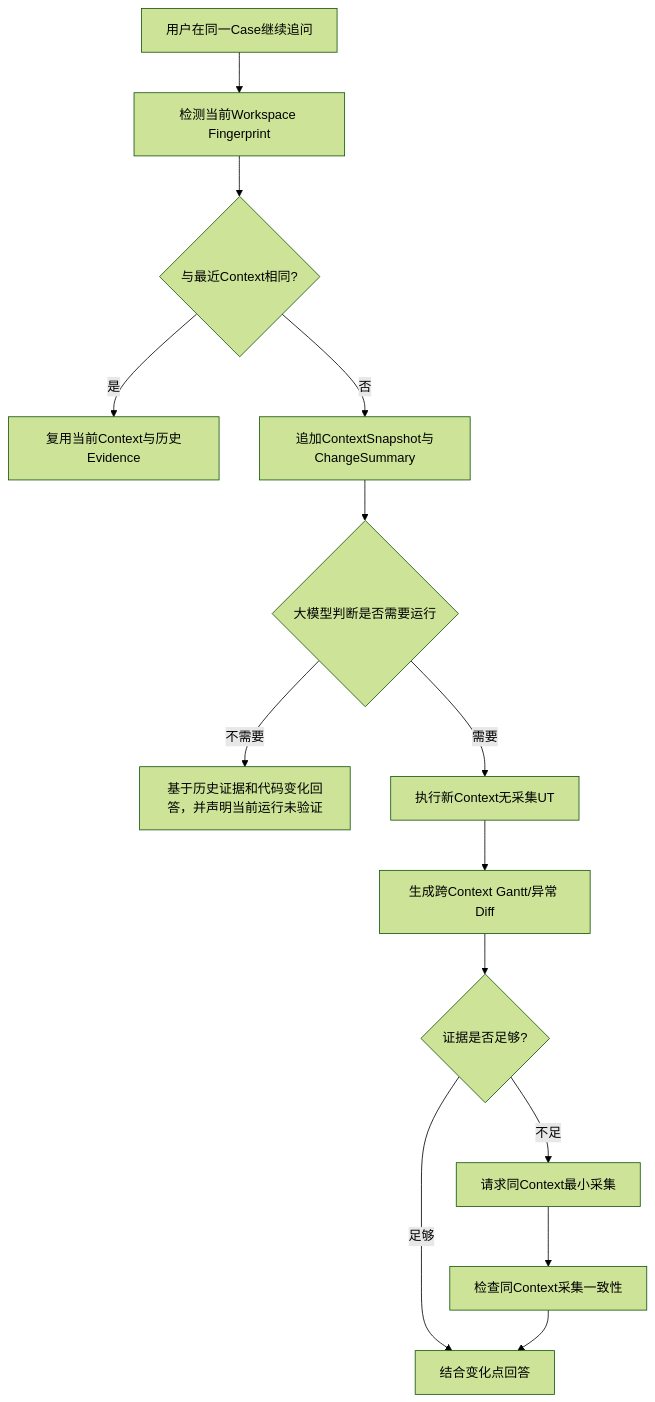
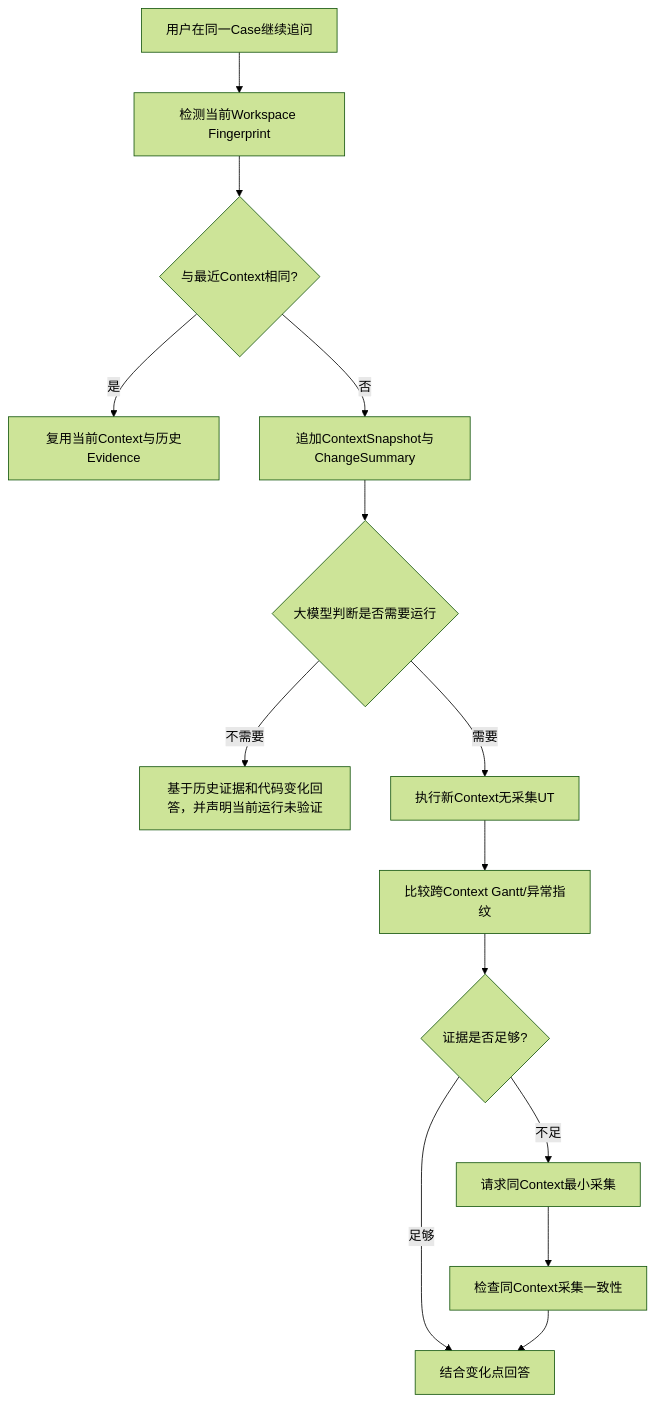
One commit to mh90901119-oss/algorithm-debug-agent changed the third of 3 diagrams in docs/designs/2026-08-12-case-context-run-outcome-multiturn-analysis-design.md. Above: the diagram before and after it, drawn with Mermaid (forest theme). The commit also changed other lines of this file and 10 other files, not shown here.

````diff
--- a/docs/designs/2026-08-12-case-context-run-outcome-multiturn-analysis-design.md
+++ b/docs/designs/2026-08-12-case-context-run-outcome-multiturn-analysis-design.md
@@ -400,16 +405,16 @@
 ```mermaid
 flowchart TD
     Q["用户在同一Case继续追问"] --> SNAP["检测当前Workspace Fingerprint"]
     SNAP --> SAME{"与最近Context相同?"}
     SAME -->|"是"| DIGEST["复用当前Context与历史Evidence"]
     SAME -->|"否"| NEWCTX["追加ContextSnapshot与ChangeSummary"]
     NEWCTX --> MODEL{"大模型判断是否需要运行"}
     MODEL -->|"不需要"| ANSWER["基于历史证据和代码变化回答，并声明当前运行未验证"]
     MODEL -->|"需要"| RUN["执行新Context无采集UT"]
-    RUN --> DIFF["生成跨Context Gantt/异常 Diff"]
-    DIFF --> NEED{"证据是否足够?"}
+    RUN --> COMPARE["比较跨Context Gantt/异常指纹"]
+    COMPARE --> NEED{"证据是否足够?"}
     NEED -->|"足够"| ANSWER2["结合变化点回答"]
     NEED -->|"不足"| COLLECT["请求同Context最小采集"]
     COLLECT --> CHECK["检查同Context采集一致性"]
     CHECK --> ANSWER2
 ```
````
